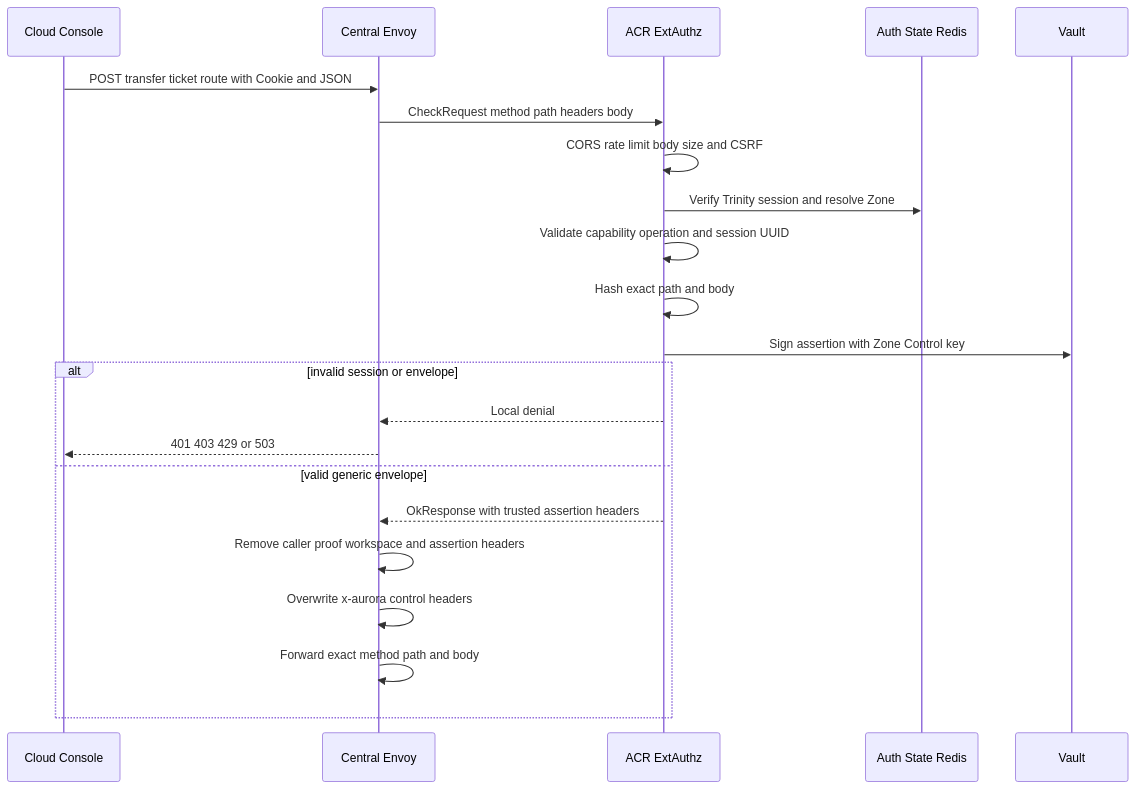
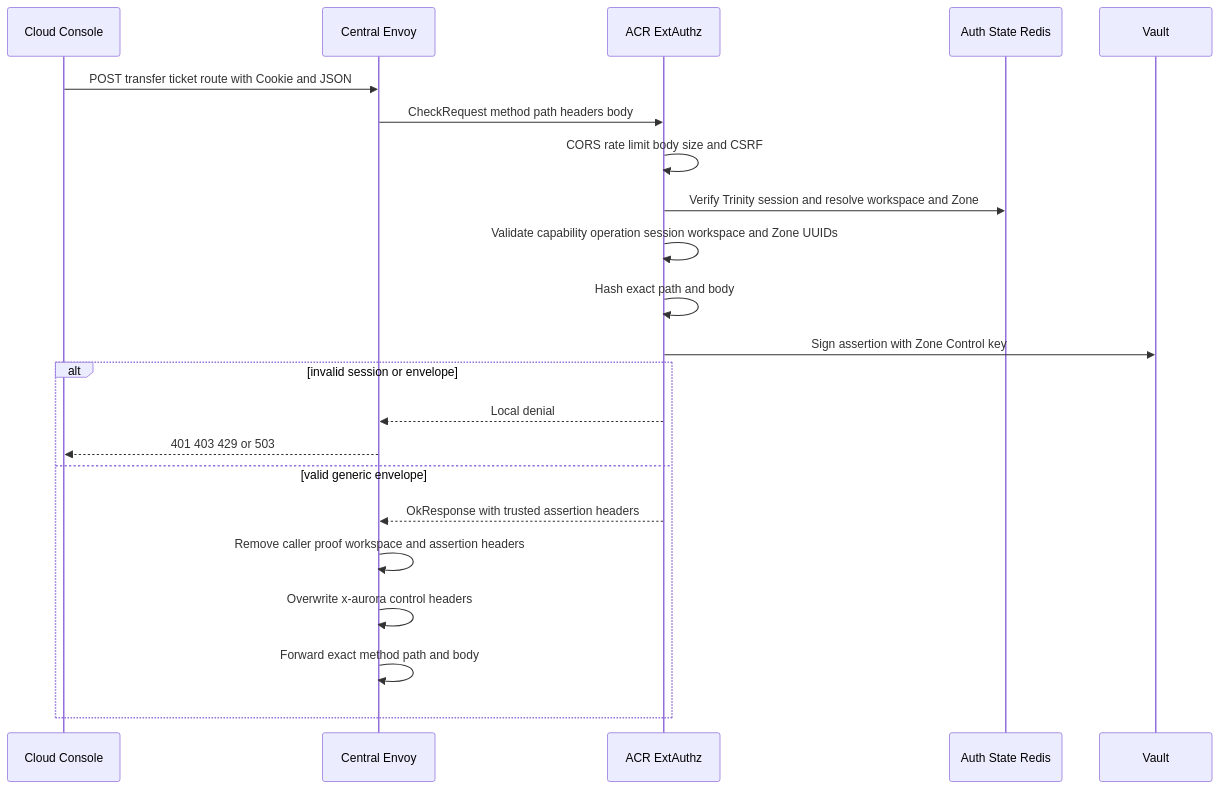
The first of 3 diagrams in god_view/storage/personal_storage_transfer_ticket_issue_god_view_workflow.md (phucle996/aurora), drawn with Mermaid before and after one commit. The commit also changed other lines of this file and 131 other files, not shown here.

````diff
--- a/god_view/storage/personal_storage_transfer_ticket_issue_god_view_workflow.md
+++ b/god_view/storage/personal_storage_transfer_ticket_issue_god_view_workflow.md
@@ -78,25 +79,25 @@
 ```mermaid
 sequenceDiagram
     participant B as Cloud Console
     participant CE as Central Envoy
     participant A as ACR ExtAuthz
     participant AR as Auth State Redis
     participant V as Vault
 
     B->>CE: POST transfer ticket route with Cookie and JSON
     CE->>A: CheckRequest method path headers body
     A->>A: CORS rate limit body size and CSRF
-    A->>AR: Verify Trinity session and resolve Zone
-    A->>A: Validate capability operation and session UUID
+    A->>AR: Verify Trinity session and resolve workspace and Zone
+    A->>A: Validate capability operation session workspace and Zone UUIDs
     A->>A: Hash exact path and body
     A->>V: Sign assertion with Zone Control key
     alt invalid session or envelope
         A-->>CE: Local denial
         CE-->>B: 401 403 429 or 503
     else valid generic envelope
         A-->>CE: OkResponse with trusted assertion headers
         CE->>CE: Remove caller proof workspace and assertion headers
         CE->>CE: Overwrite x-aurora control headers
         CE->>CE: Forward exact method path and body
     end
 ```
````
